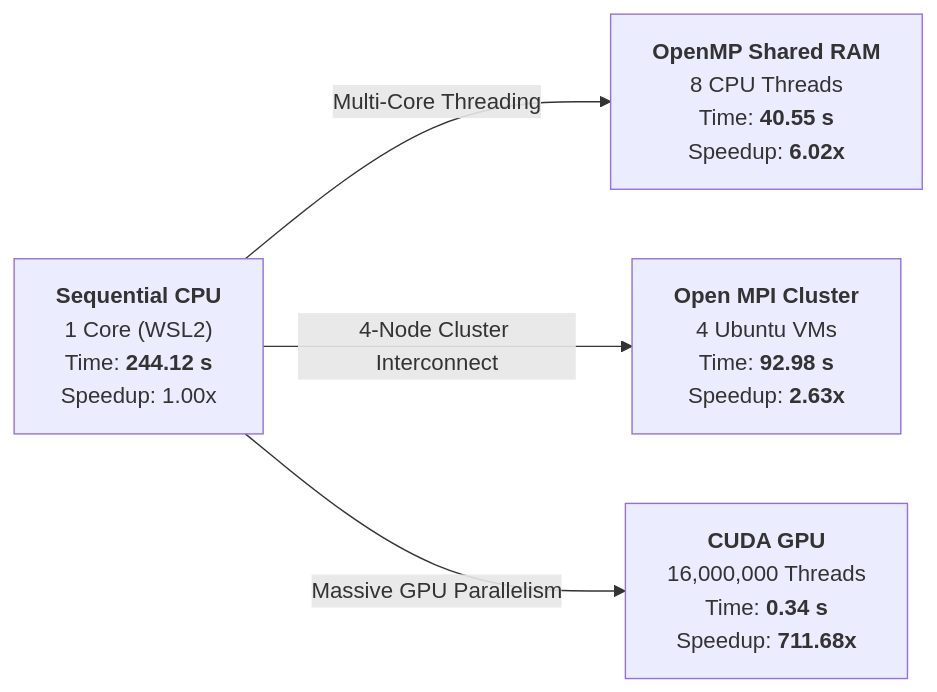
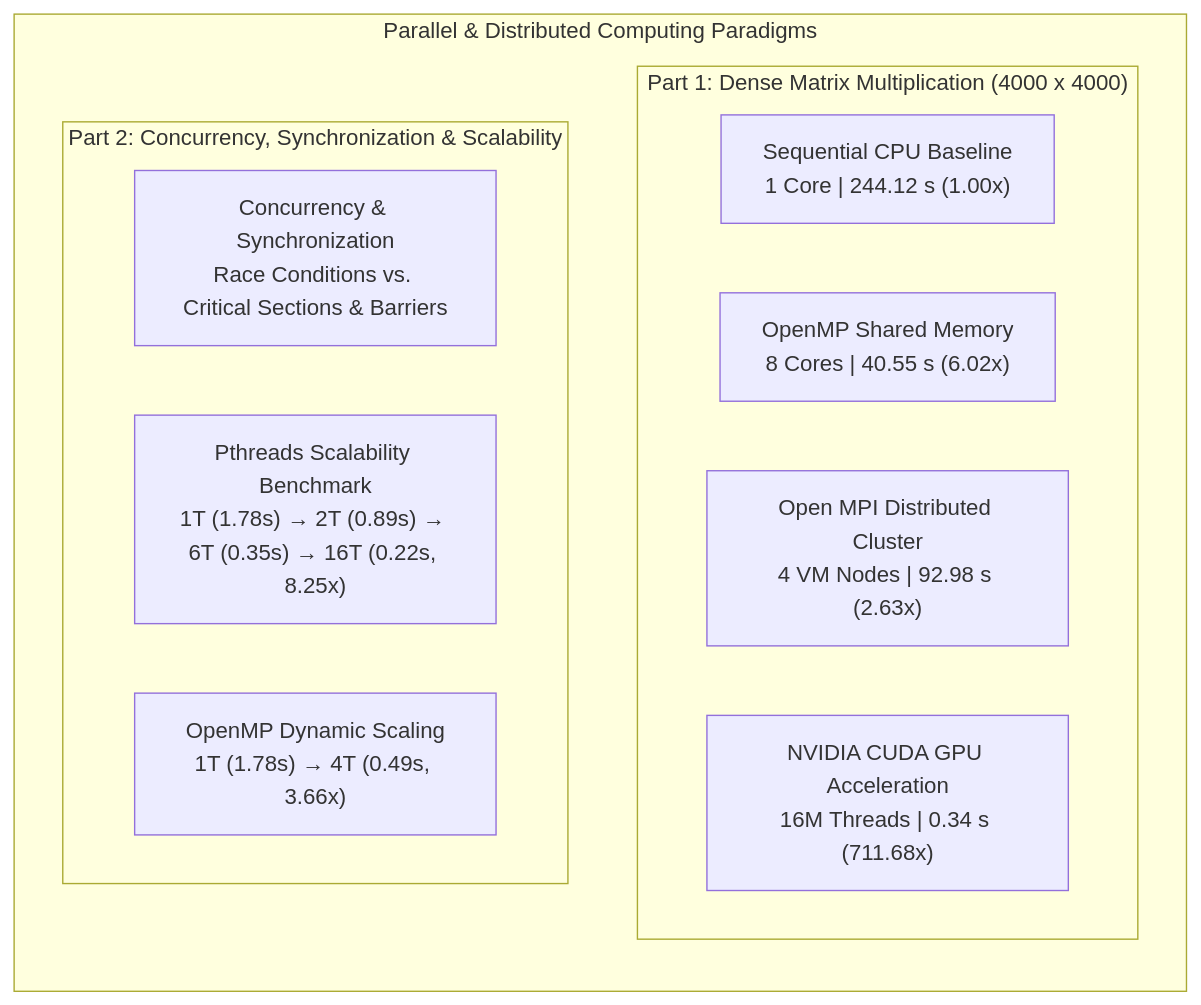
The first of 2 diagrams in README.md (mehaksayedyusuf/Parallel-and-GPU-Computing), drawn with Mermaid before and after one commit. The commit also changed other lines of this file and 10 other files, not shown here.

Commit message:
docs: master all-in-one comparative analysis with standalone screenshots, architectural roadmap, and deep technical descriptions

````diff
--- a/README.md
+++ b/README.md
@@ -321,6 +20,19 @@
 ```mermaid
-flowchart LR
-    A["<b>Sequential CPU</b><br>1 Core (WSL2)<br>Time: <b>244.12 s</b><br>Speedup: 1.00x"] -->|Multi-Core Threading| B["<b>OpenMP Shared RAM</b><br>8 CPU Threads<br>Time: <b>40.55 s</b><br>Speedup: <b>6.02x</b>"]
-    A -->|4-Node Cluster Interconnect| C["<b>Open MPI Cluster</b><br>4 Ubuntu VMs<br>Time: <b>92.98 s</b><br>Speedup: <b>2.63x</b>"]
-    A -->|Massive GPU Parallelism| D["<b>CUDA GPU</b><br>16,000,000 Threads<br>Time: <b>0.34 s</b><br>Speedup: <b>711.68x</b>"]
+flowchart TD
+    subgraph Repo["Parallel & Distributed Computing Paradigms"]
+        direction TB
+        
+        subgraph Part1["Part 1: Dense Matrix Multiplication (4000 x 4000)"]
+            A1["Sequential CPU Baseline<br>1 Core | 244.12 s (1.00x)"]
+            A2["OpenMP Shared Memory<br>8 Cores | 40.55 s (6.02x)"]
+            A3["Open MPI Distributed Cluster<br>4 VM Nodes | 92.98 s (2.63x)"]
+            A4["NVIDIA CUDA GPU Acceleration<br>16M Threads | 0.34 s (711.68x)"]
+        end
+        
+        subgraph Part2["Part 2: Concurrency, Synchronization & Scalability"]
+            B1["Concurrency & Synchronization<br>Race Conditions vs. Critical Sections & Barriers"]
+            B2["Pthreads Scalability Benchmark<br>1T (1.78s) → 2T (0.89s) → 6T (0.35s) → 16T (0.22s, 8.25x)"]
+            B3["OpenMP Dynamic Scaling<br>1T (1.78s) → 4T (0.49s, 3.66x)"]
+        end
+    end
 ```
````
